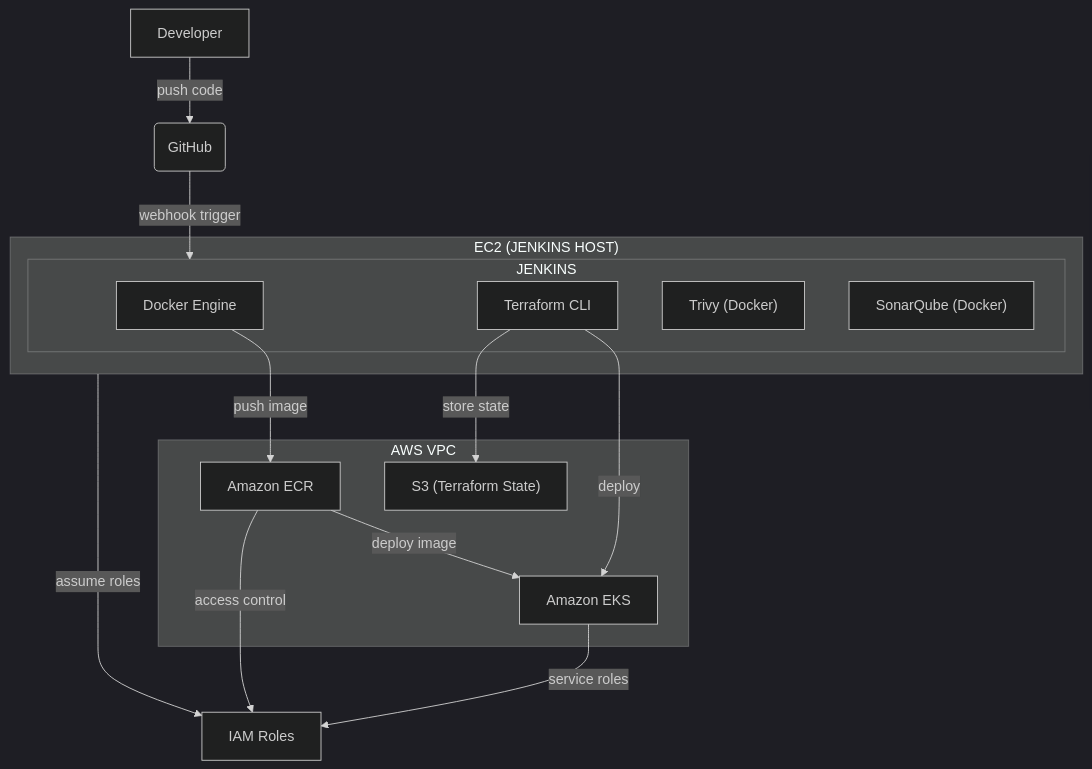
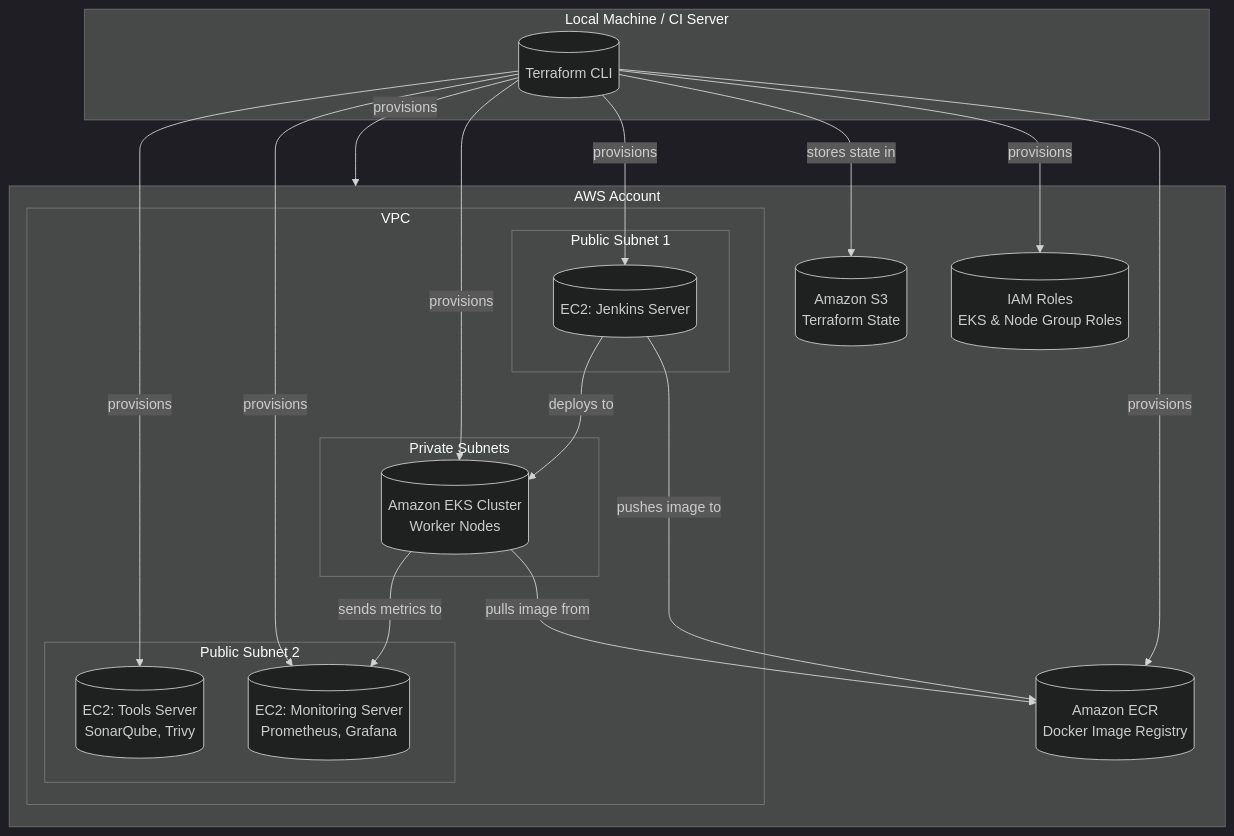
One commit to singhmohit14072002/DevOps_Project_L2_k8s changed the diagram in README.md. Above: the diagram before and after it, drawn with Mermaid (dark theme). The commit also changed other lines of this file, not shown here.

````diff
--- a/README.md
+++ b/README.md
@@ -5,30 +3,41 @@
 ```mermaid
 graph TD
-    A[Developer] -- "push code" --> B(GitHub);
+    subgraph "AWS Account"
+        subgraph "VPC"
+            subgraph "Public Subnet 1"
+                Jenkins[("EC2: Jenkins Server")];
+            end
+            subgraph "Public Subnet 2"
+                Tools[("EC2: Tools Server<br/>SonarQube, Trivy")];
+                Monitoring[("EC2: Monitoring Server<br/>Prometheus, Grafana")];
+            end
 
-    subgraph ec2["EC2 (JENKINS HOST)"]
-        subgraph jenkins["JENKINS"]
-            C["Docker Engine"];
-            D["Terraform CLI"];
-            E["Trivy (Docker)"];
-            F["SonarQube (Docker)"];
+            subgraph "Private Subnets"
+                EKS[("Amazon EKS Cluster<br/>Worker Nodes")];
+            end
+
+            Jenkins -- "deploys to" --> EKS;
+            EKS -- "sends metrics to" --> Monitoring;
         end
+
+        ECR[("Amazon ECR<br/>Docker Image Registry")];
+        S3[("Amazon S3<br/>Terraform State")];
+        IAM[("IAM Roles<br/>EKS & Node Group Roles")];
+
+        Jenkins -- "pushes image to" --> ECR;
+        EKS -- "pulls image from" --> ECR;
     end
 
-    subgraph awsvpc["AWS VPC"]
-        G["Amazon ECR"];
-        H["Amazon EKS"];
-        I["S3 (Terraform State)"];
+    subgraph "Local Machine / CI Server"
+        Terraform[("Terraform CLI")];
     end
 
-    J[IAM Roles];
-
-    B -- "webhook trigger" --> jenkins;
-    C -- "push image" --> G;
-    D -- "deploy" --> H;
-    G -- "deploy image" --> H;
-    D -- "store state" --> I;
-    ec2 -- "assume roles" --> J;
-    G -- "access control" --> J;
-    H -- "service roles" --> J;
-``` 
+    Terraform -- "provisions" --> VPC;
+    Terraform -- "provisions" --> EKS;
+    Terraform -- "provisions" --> ECR;
+    Terraform -- "provisions" --> Jenkins;
+    Terraform -- "provisions" --> Tools;
+    Terraform -- "provisions" --> Monitoring;
+    Terraform -- "provisions" --> IAM;
+    Terraform -- "stores state in" --> S3;
+```
````
